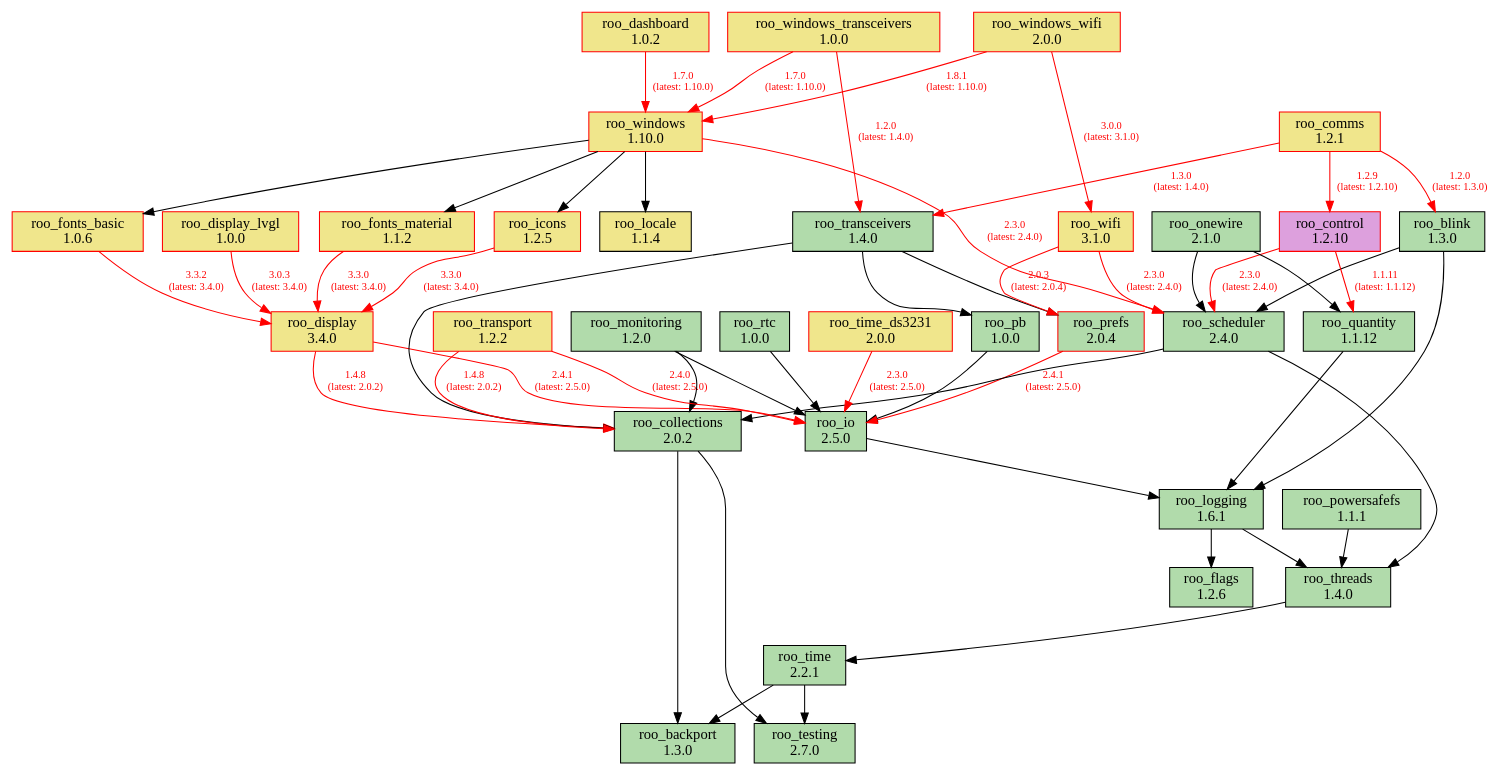
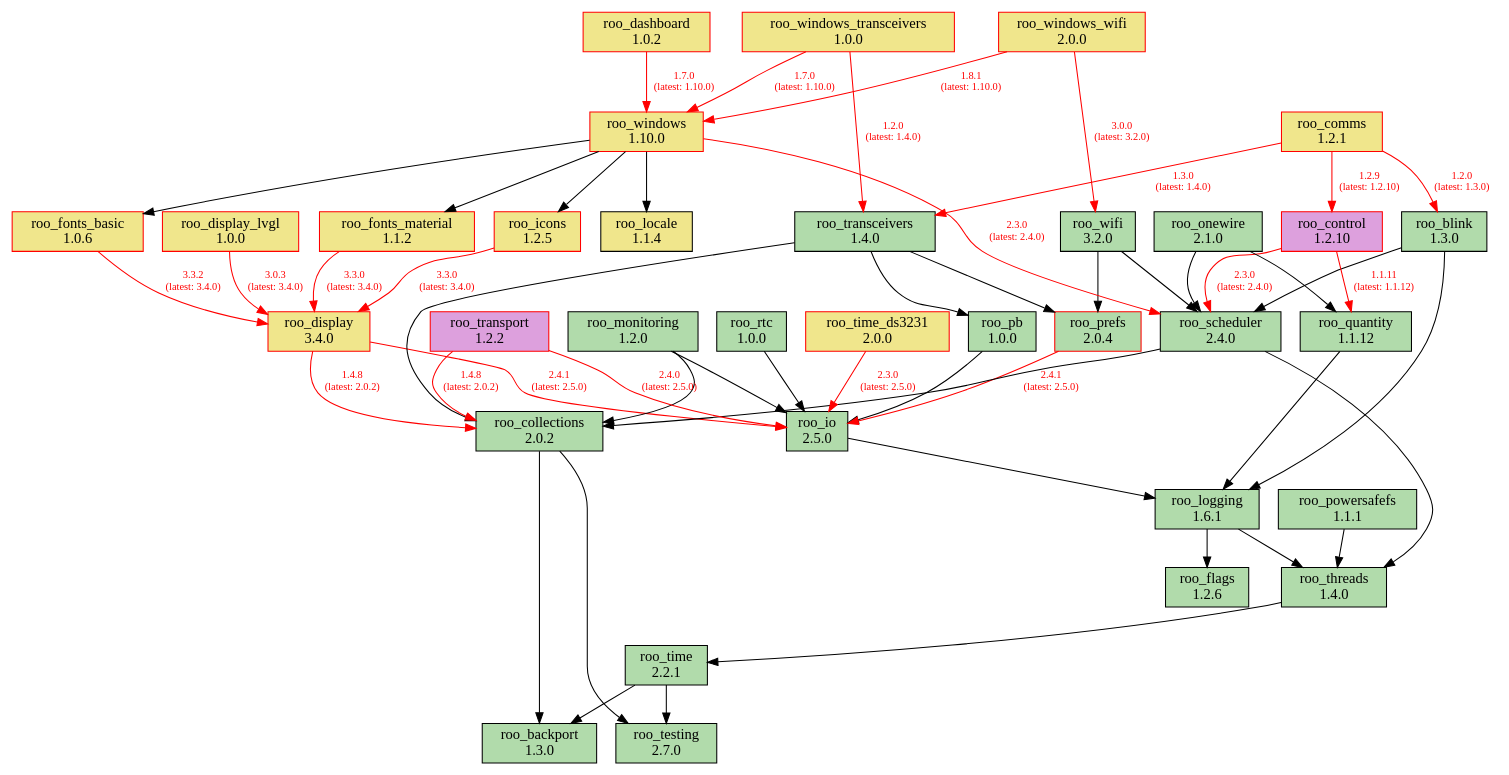
The diagram in doc/dependencies.dot (dejwk/roo-registry), drawn with Graphviz before and after one commit. The commit also changed 3 other files, not shown here.

Commit message:
Added roo_wifi 3.2.0 to the registry.

```diff
--- a/doc/dependencies.dot
+++ b/doc/dependencies.dot
@@ -1,92 +1,92 @@
 digraph dependencies {
     rankdir=TB;
     node [shape=box, style=filled];
     edge [fontsize=10];
 
     // Modules
     "roo_backport" [label="roo_backport\n1.3.0", fillcolor="#b1dbab", color="black"];
     "roo_blink" [label="roo_blink\n1.3.0", fillcolor="#b1dbab", color="black"];
     "roo_collections" [label="roo_collections\n2.0.2", fillcolor="#b1dbab", color="black"];
     "roo_comms" [label="roo_comms\n1.2.1", fillcolor="khaki", color="red"];
     "roo_control" [label="roo_control\n1.2.10", fillcolor="plum", color="red"];
     "roo_dashboard" [label="roo_dashboard\n1.0.2", fillcolor="khaki", color="red"];
     "roo_display" [label="roo_display\n3.4.0", fillcolor="khaki", color="red"];
     "roo_display_lvgl" [label="roo_display_lvgl\n1.0.0", fillcolor="khaki", color="red"];
     "roo_flags" [label="roo_flags\n1.2.6", fillcolor="#b1dbab", color="black"];
     "roo_fonts_basic" [label="roo_fonts_basic\n1.0.6", fillcolor="khaki", color="red"];
     "roo_fonts_material" [label="roo_fonts_material\n1.1.2", fillcolor="khaki", color="red"];
     "roo_icons" [label="roo_icons\n1.2.5", fillcolor="khaki", color="red"];
     "roo_io" [label="roo_io\n2.5.0", fillcolor="#b1dbab", color="black"];
     "roo_locale" [label="roo_locale\n1.1.4", fillcolor="khaki", color="black"];
     "roo_logging" [label="roo_logging\n1.6.1", fillcolor="#b1dbab", color="black"];
     "roo_monitoring" [label="roo_monitoring\n1.2.0", fillcolor="#b1dbab", color="black"];
     "roo_onewire" [label="roo_onewire\n2.1.0", fillcolor="#b1dbab", color="black"];
     "roo_pb" [label="roo_pb\n1.0.0", fillcolor="#b1dbab", color="black"];
     "roo_powersafefs" [label="roo_powersafefs\n1.1.1", fillcolor="#b1dbab", color="black"];
     "roo_prefs" [label="roo_prefs\n2.0.4", fillcolor="#b1dbab", color="red"];
     "roo_quantity" [label="roo_quantity\n1.1.12", fillcolor="#b1dbab", color="black"];
     "roo_rtc" [label="roo_rtc\n1.0.0", fillcolor="#b1dbab", color="black"];
     "roo_scheduler" [label="roo_scheduler\n2.4.0", fillcolor="#b1dbab", color="black"];
     "roo_testing" [label="roo_testing\n2.7.0", fillcolor="#b1dbab", color="black"];
     "roo_threads" [label="roo_threads\n1.4.0", fillcolor="#b1dbab", color="black"];
     "roo_time" [label="roo_time\n2.2.1", fillcolor="#b1dbab", color="black"];
     "roo_time_ds3231" [label="roo_time_ds3231\n2.0.0", fillcolor="khaki", color="red"];
     "roo_transceivers" [label="roo_transceivers\n1.4.0", fillcolor="#b1dbab", color="black"];
-    "roo_transport" [label="roo_transport\n1.2.2", fillcolor="khaki", color="red"];
-    "roo_wifi" [label="roo_wifi\n3.1.0", fillcolor="khaki", color="red"];
+    "roo_transport" [label="roo_transport\n1.2.2", fillcolor="plum", color="red"];
+    "roo_wifi" [label="roo_wifi\n3.2.0", fillcolor="#b1dbab", color="black"];
     "roo_windows" [label="roo_windows\n1.10.0", fillcolor="khaki", color="red"];
     "roo_windows_transceivers" [label="roo_windows_transceivers\n1.0.0", fillcolor="khaki", color="red"];
     "roo_windows_wifi" [label="roo_windows_wifi\n2.0.0", fillcolor="khaki", color="red"];
 
     // Dependencies
     "roo_blink" -> "roo_logging";
     "roo_blink" -> "roo_scheduler";
     "roo_collections" -> "roo_testing";
     "roo_collections" -> "roo_backport";
     "roo_comms" -> "roo_blink" [color=red, fontcolor=red, label="1.2.0\n(latest: 1.3.0)"];
     "roo_comms" -> "roo_control" [color=red, fontcolor=red, label="1.2.9\n(latest: 1.2.10)"];
     "roo_comms" -> "roo_transceivers" [color=red, fontcolor=red, label="1.3.0\n(latest: 1.4.0)"];
     "roo_control" -> "roo_quantity" [color=red, fontcolor=red, label="1.1.11\n(latest: 1.1.12)"];
     "roo_control" -> "roo_scheduler" [color=red, fontcolor=red, label="2.3.0\n(latest: 2.4.0)"];
     "roo_dashboard" -> "roo_windows" [color=red, fontcolor=red, label="1.7.0\n(latest: 1.10.0)"];
     "roo_display" -> "roo_collections" [color=red, fontcolor=red, label="1.4.8\n(latest: 2.0.2)"];
     "roo_display" -> "roo_io" [color=red, fontcolor=red, label="2.4.1\n(latest: 2.5.0)"];
     "roo_display_lvgl" -> "roo_display" [color=red, fontcolor=red, label="3.0.3\n(latest: 3.4.0)"];
     "roo_fonts_basic" -> "roo_display" [color=red, fontcolor=red, label="3.3.2\n(latest: 3.4.0)"];
     "roo_fonts_material" -> "roo_display" [color=red, fontcolor=red, label="3.3.0\n(latest: 3.4.0)"];
     "roo_icons" -> "roo_display" [color=red, fontcolor=red, label="3.3.0\n(latest: 3.4.0)"];
     "roo_io" -> "roo_logging";
     "roo_logging" -> "roo_flags";
     "roo_logging" -> "roo_threads";
     "roo_monitoring" -> "roo_collections";
     "roo_monitoring" -> "roo_io";
     "roo_onewire" -> "roo_scheduler";
     "roo_onewire" -> "roo_quantity";
     "roo_pb" -> "roo_io";
     "roo_powersafefs" -> "roo_threads";
     "roo_prefs" -> "roo_io" [color=red, fontcolor=red, label="2.4.1\n(latest: 2.5.0)"];
     "roo_quantity" -> "roo_logging";
     "roo_rtc" -> "roo_io";
     "roo_scheduler" -> "roo_collections";
     "roo_scheduler" -> "roo_threads";
     "roo_threads" -> "roo_time";
     "roo_time" -> "roo_testing";
     "roo_time" -> "roo_backport";
     "roo_time_ds3231" -> "roo_io" [color=red, fontcolor=red, label="2.3.0\n(latest: 2.5.0)"];
     "roo_transceivers" -> "roo_pb";
     "roo_transceivers" -> "roo_collections";
     "roo_transceivers" -> "roo_prefs";
     "roo_transport" -> "roo_collections" [color=red, fontcolor=red, label="1.4.8\n(latest: 2.0.2)"];
     "roo_transport" -> "roo_io" [color=red, fontcolor=red, label="2.4.0\n(latest: 2.5.0)"];
-    "roo_wifi" -> "roo_prefs" [color=red, fontcolor=red, label="2.0.3\n(latest: 2.0.4)"];
-    "roo_wifi" -> "roo_scheduler" [color=red, fontcolor=red, label="2.3.0\n(latest: 2.4.0)"];
+    "roo_wifi" -> "roo_prefs";
+    "roo_wifi" -> "roo_scheduler";
     "roo_windows" -> "roo_fonts_basic";
     "roo_windows" -> "roo_fonts_material";
     "roo_windows" -> "roo_locale";
     "roo_windows" -> "roo_icons";
     "roo_windows" -> "roo_scheduler" [color=red, fontcolor=red, label="2.3.0\n(latest: 2.4.0)"];
     "roo_windows_transceivers" -> "roo_transceivers" [color=red, fontcolor=red, label="1.2.0\n(latest: 1.4.0)"];
     "roo_windows_transceivers" -> "roo_windows" [color=red, fontcolor=red, label="1.7.0\n(latest: 1.10.0)"];
-    "roo_windows_wifi" -> "roo_wifi" [color=red, fontcolor=red, label="3.0.0\n(latest: 3.1.0)"];
+    "roo_windows_wifi" -> "roo_wifi" [color=red, fontcolor=red, label="3.0.0\n(latest: 3.2.0)"];
     "roo_windows_wifi" -> "roo_windows" [color=red, fontcolor=red, label="1.8.1\n(latest: 1.10.0)"];
 }
```
